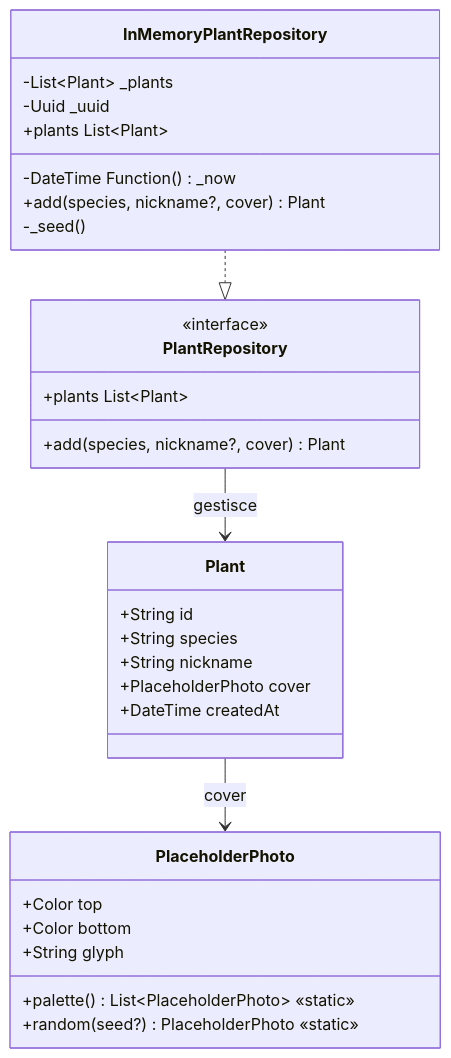
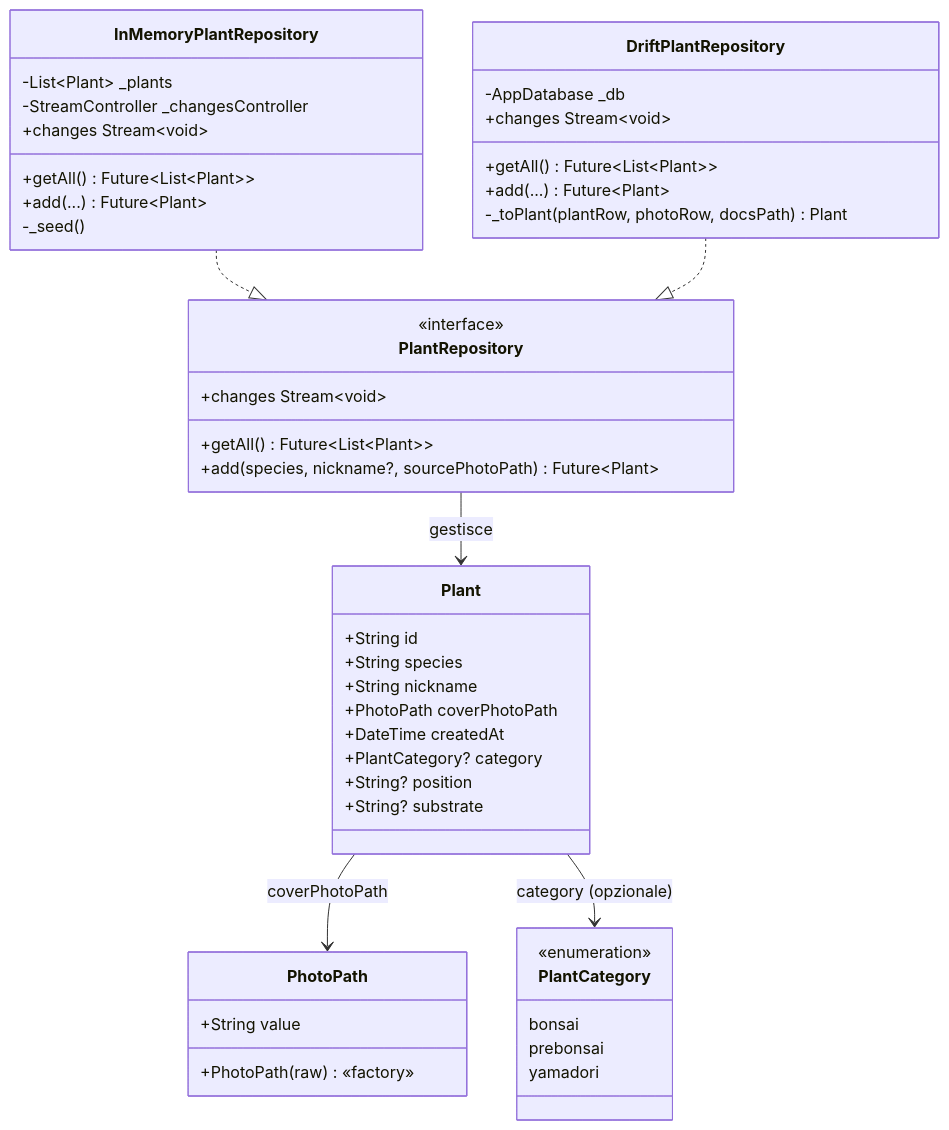
One commit to FedericoLaggiard/zeimoto changed the diagram in docs/domain/domain_it.md. Above: the diagram before and after it, drawn with Mermaid. The commit also changed other lines of this file and 17 other files, not shown here.

First line of the commit message:
refactor: PhotoPath value object, PlantCoverPhoto widget, docs e ADR 0005

````diff
--- a/docs/domain/domain_it.md
+++ b/docs/domain/domain_it.md
@@ -9,37 +9,55 @@
 ```mermaid
 classDiagram
     class Plant {
         +String id
         +String species
         +String nickname
-        +PlaceholderPhoto cover
+        +PhotoPath coverPhotoPath
         +DateTime createdAt
+        +PlantCategory? category
+        +String? position
+        +String? substrate
     }
 
-    class PlaceholderPhoto {
-        +Color top
-        +Color bottom
-        +String glyph
-        +palette() List~PlaceholderPhoto~  «static»
-        +random(seed?) PlaceholderPhoto  «static»
+    class PhotoPath {
+        +String value
+        +PhotoPath(raw) «factory»
+    }
+
+    class PlantCategory {
+        <<enumeration>>
+        bonsai
+        prebonsai
+        yamadori
     }
 
     class PlantRepository {
         <<interface>>
-        +plants List~Plant~
-        +add(species, nickname?, cover) Plant
+        +getAll() Future~List~Plant~~
+        +changes Stream~void~
+        +add(species, nickname?, sourcePhotoPath) Future~Plant~
     }
 
     class InMemoryPlantRepository {
         -List~Plant~ _plants
-        -DateTime Function() _now
-        -Uuid _uuid
-        +plants List~Plant~
-        +add(species, nickname?, cover) Plant
+        -StreamController _changesController
+        +getAll() Future~List~Plant~~
+        +changes Stream~void~
+        +add(...) Future~Plant~
         -_seed()
     }
 
-    Plant --> PlaceholderPhoto : cover
+    class DriftPlantRepository {
+        -AppDatabase _db
+        +getAll() Future~List~Plant~~
+        +changes Stream~void~
+        +add(...) Future~Plant~
+        -_toPlant(plantRow, photoRow, docsPath) Plant
+    }
+
+    Plant --> PhotoPath : coverPhotoPath
+    Plant --> PlantCategory : category (opzionale)
     PlantRepository --> Plant : gestisce
     InMemoryPlantRepository ..|> PlantRepository
+    DriftPlantRepository ..|> PlantRepository
 ```
````
